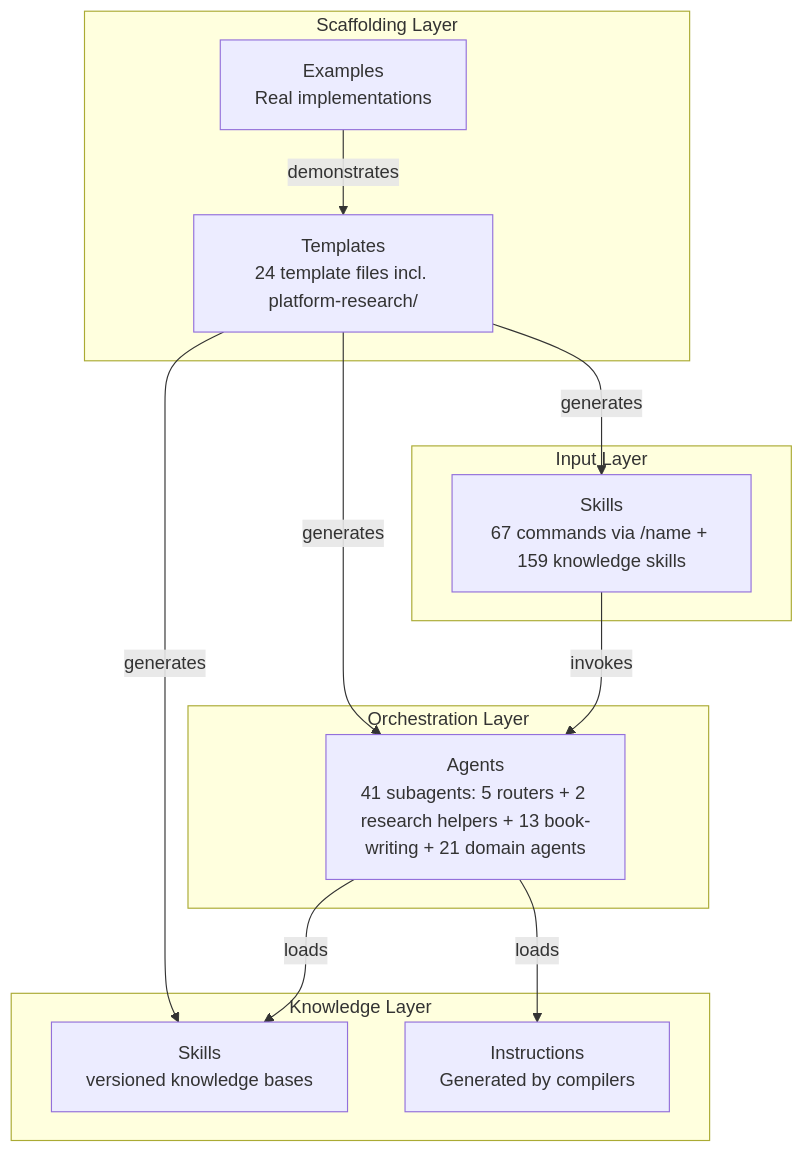
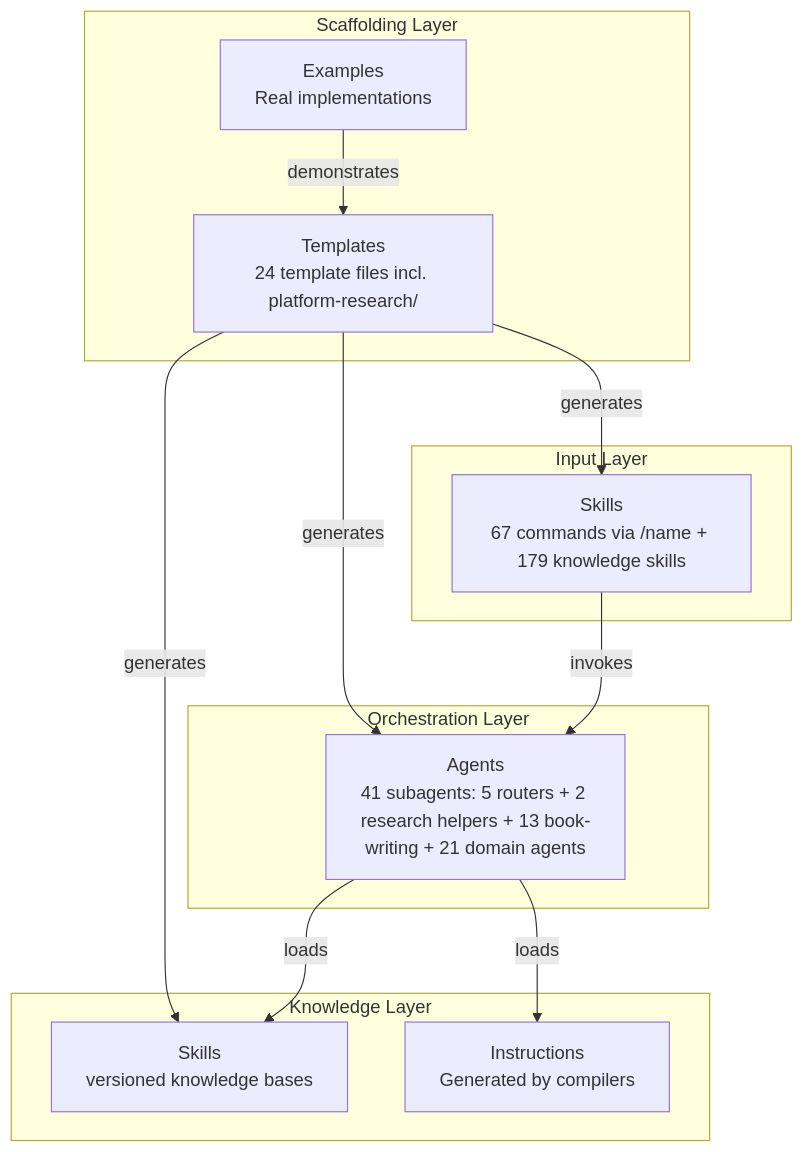
One commit to rodrigo-mendes/agents-factory changed the second of 5 diagrams in docs/visao-geral.md. Above: the diagram before and after it, drawn with Mermaid. The commit also changed 480 other files, not shown here.

````diff
--- a/docs/visao-geral.md
+++ b/docs/visao-geral.md
@@ -24,28 +24,28 @@
 ```mermaid
 graph TD
     subgraph "Input Layer"
-        P[Skills<br/>67 commands via /name + 159 knowledge skills]
+        P[Skills<br/>67 commands via /name + 179 knowledge skills]
     end
 
     subgraph "Orchestration Layer"
         AG[Agents<br/>41 subagents: 5 routers + 2 research helpers + 13 book-writing + 21 domain agents]
     end
 
     subgraph "Knowledge Layer"
         S[Skills<br/>versioned knowledge bases]
         I[Instructions<br/>Generated by compilers]
     end
 
     subgraph "Scaffolding Layer"
         T[Templates<br/>24 template files incl. platform-research/]
         E[Examples<br/>Real implementations]
     end
 
     P -->|invokes| AG
     AG -->|loads| S
     AG -->|loads| I
     T -->|generates| P
     T -->|generates| AG
     T -->|generates| S
     E -->|demonstrates| T
 ```
````
